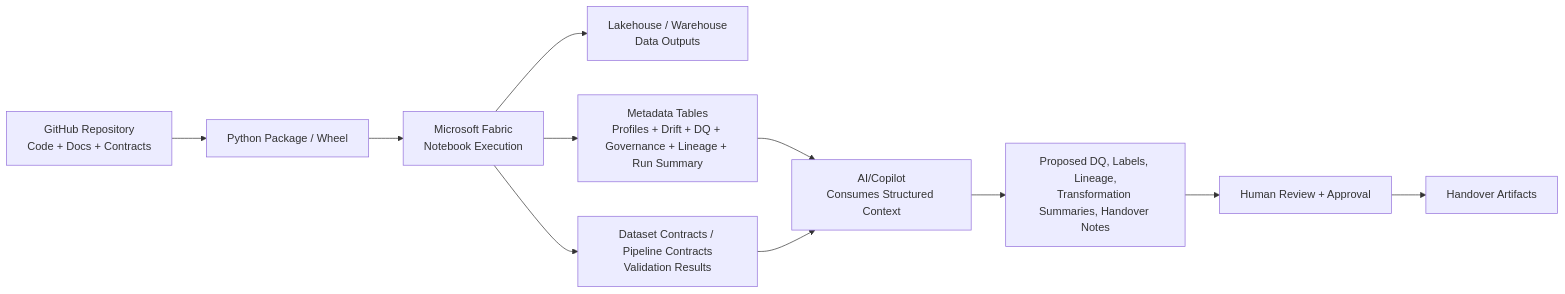
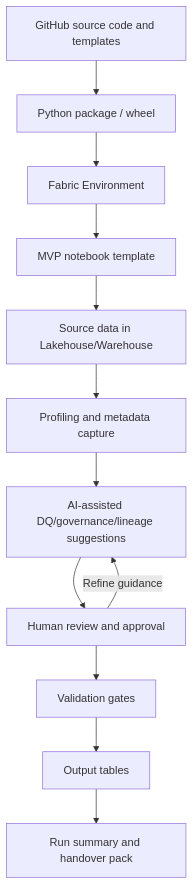
The diagram in docs/architecture.md (Voycepeh/fabric-data-product-framework), drawn with Mermaid before and after one commit. The commit also changed other lines of this file, not shown here.

Commit message:
docs: refresh architecture page for quick-start-first model

````diff
--- a/docs/architecture.md
+++ b/docs/architecture.md
@@ -17,13 +40,15 @@
 ```mermaid
-flowchart LR
-    GH[GitHub Repository\nCode + Docs + Contracts] --> PKG[Python Package / Wheel]
-    PKG --> FAB[Microsoft Fabric\nNotebook Execution]
-    FAB --> OUT[Lakehouse / Warehouse\nData Outputs]
-    FAB --> META[Metadata Tables\nProfiles + Drift + DQ + Governance + Lineage + Run Summary]
-    FAB --> CONTRACTS[Dataset Contracts / Pipeline Contracts\nValidation Results]
-    META --> AI[AI/Copilot\nConsumes Structured Context]
-    CONTRACTS --> AI
-    AI --> PROP[Proposed DQ, Labels, Lineage,\nTransformation Summaries, Handover Notes]
-    PROP --> HUMAN[Human Review + Approval]
-    HUMAN --> HANDOVER[Handover Artifacts]
+flowchart TD
+    GH[GitHub source code and templates] --> PKG[Python package / wheel]
+    PKG --> ENV[Fabric Environment]
+    ENV --> NB[MVP notebook template]
+    NB --> SRC[Source data in Lakehouse/Warehouse]
+    SRC --> PROF[Profiling and metadata capture]
+    PROF --> AI[AI-assisted DQ/governance/lineage suggestions]
+    AI --> HUMAN[Human review and approval]
+    HUMAN --> GATES[Validation gates]
+    GATES --> OUT[Output tables]
+    OUT --> HANDOVER[Run summary and handover pack]
+
+    HUMAN -->|Refine guidance| AI
 ```
````
